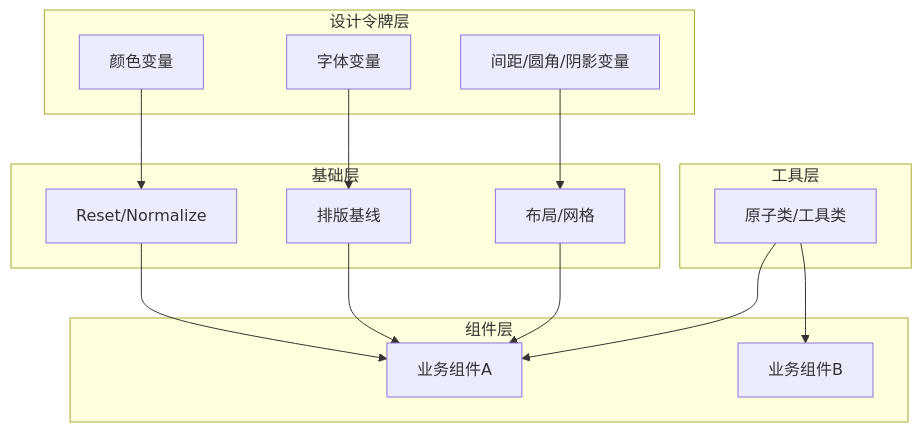
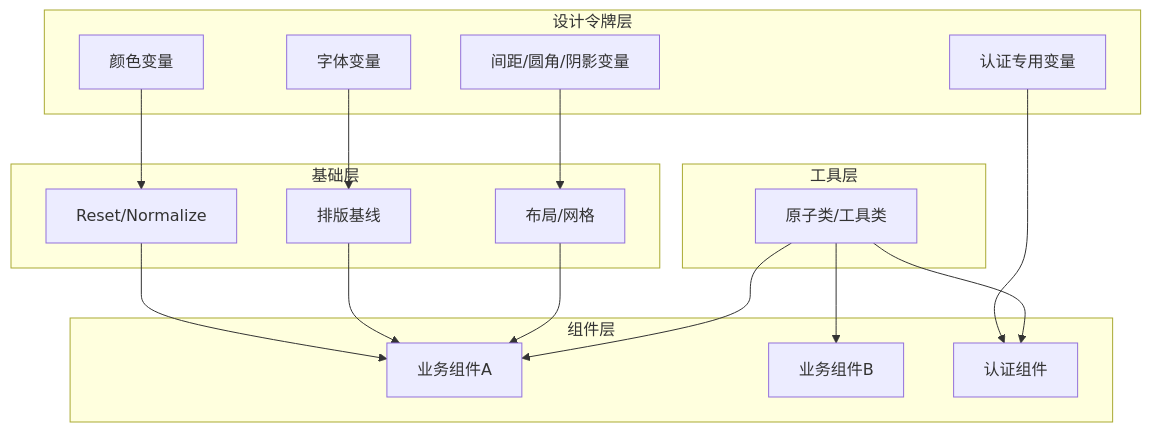
Before and after one commit to Maki3991/study-PactLedger: the second of 4 diagrams in .qoder/repowiki/zh/content/样式与主题系统.md, drawn with Mermaid. The commit also changed other lines of this file and 15 other files, not shown here.

````diff
--- a/.qoder/repowiki/zh/content/样式与主题系统.md
+++ b/.qoder/repowiki/zh/content/样式与主题系统.md
@@ -94,28 +116,32 @@
 ```mermaid
 graph TB
 subgraph "设计令牌层"
 T1["颜色变量"]
 T2["字体变量"]
 T3["间距/圆角/阴影变量"]
+T4["认证专用变量"]
 end
 subgraph "基础层"
 R["Reset/Normalize"]
 P["排版基线"]
 L["布局/网格"]
 end
 subgraph "组件层"
 C1["业务组件A"]
 C2["业务组件B"]
+C3["认证组件"]
 end
 subgraph "工具层"
 U["原子类/工具类"]
 end
 T1 --> R
 T2 --> P
 T3 --> L
+T4 --> C3
 R --> C1
 P --> C1
 L --> C1
 U --> C1
 U --> C2
+U --> C3
 ```
````
